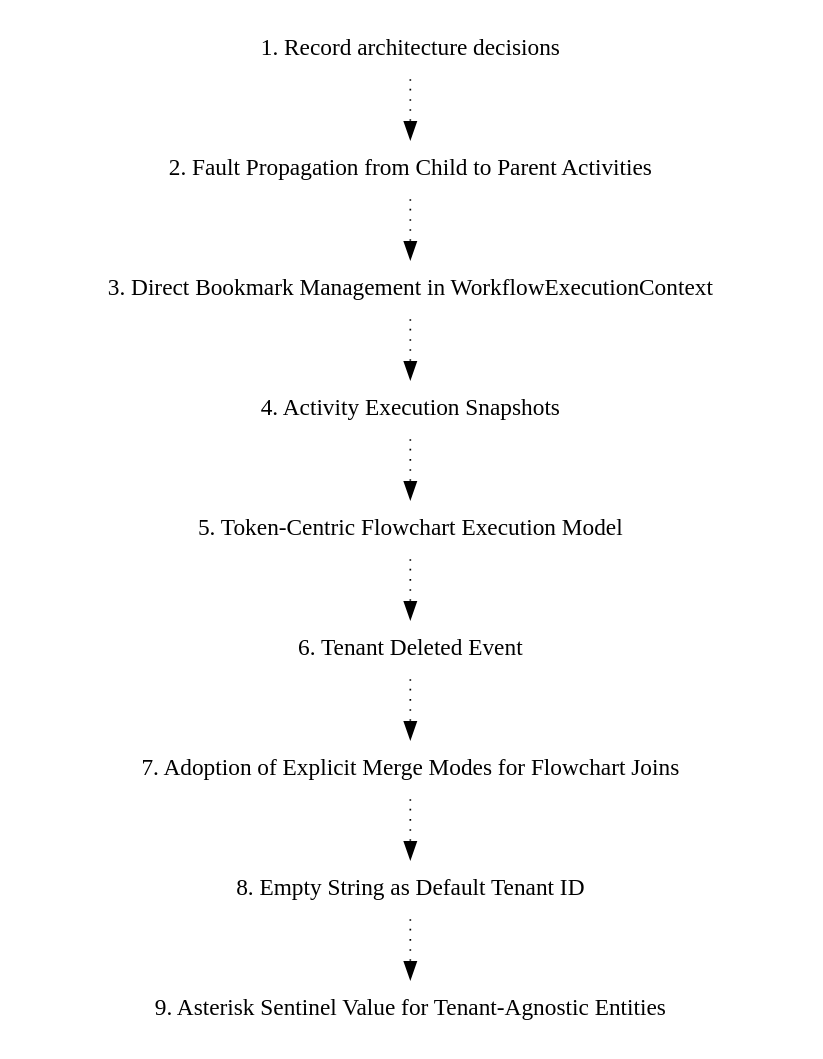
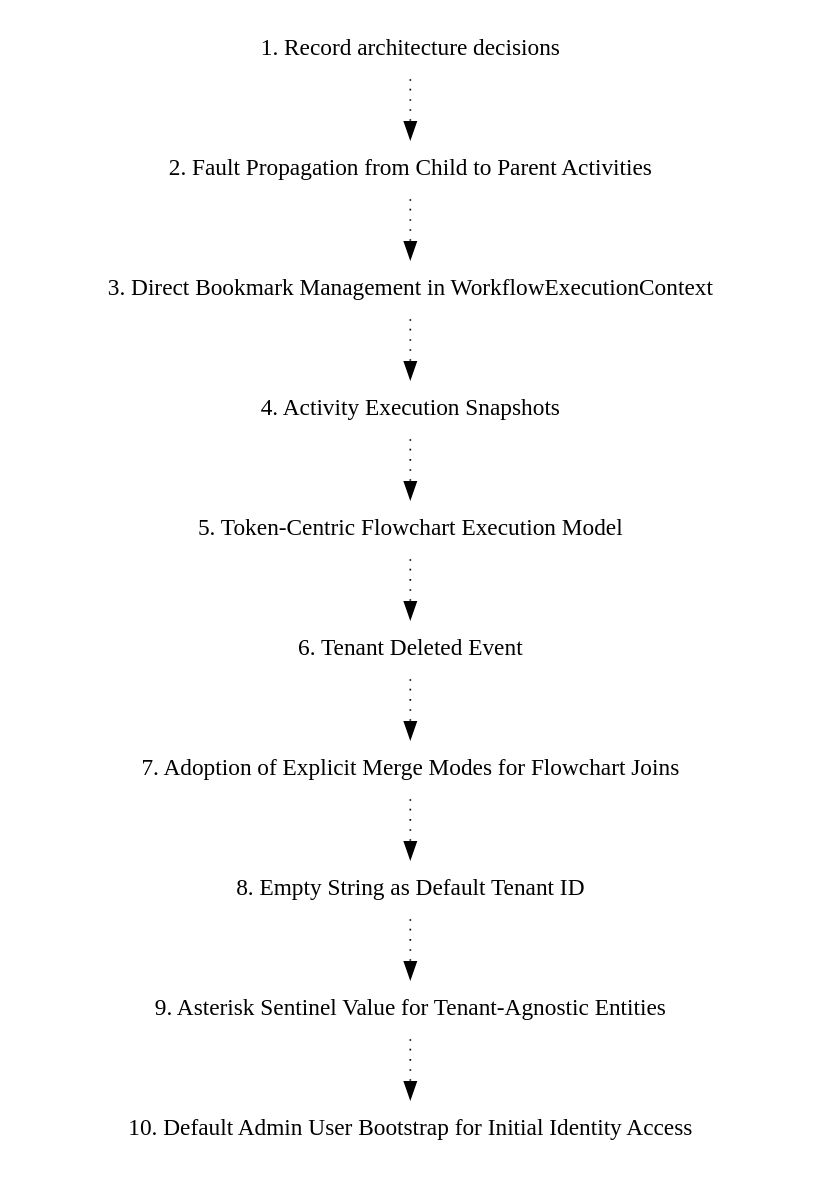
One commit to elsa-workflows/elsa-core changed the diagram in doc/adr/graph.dot. Above: the diagram before and after it, drawn with Graphviz. The commit also changed 10 other files, not shown here.

Commit message:
Implement `DefaultAdminUser` feature for initial admin bootstrap, decouple `SecurityRoot` from user management endpoints, update related documentation and permissions.

```diff
--- a/doc/adr/graph.dot
+++ b/doc/adr/graph.dot
@@ -1,22 +1,24 @@
 digraph {
   node [shape=plaintext];
   subgraph {
     _1 [label="1. Record architecture decisions"; URL="0001-record-architecture-decisions.html"];
     _2 [label="2. Fault Propagation from Child to Parent Activities"; URL="0002-fault-propagation-from-child-to-parent-activities.html"];
     _1 -> _2 [style="dotted", weight=1];
     _3 [label="3. Direct Bookmark Management in WorkflowExecutionContext"; URL="0003-direct-bookmark-management-in-workflowexecutioncontext.html"];
     _2 -> _3 [style="dotted", weight=1];
     _4 [label="4. Activity Execution Snapshots"; URL="0004-activity-execution-snapshots.html"];
     _3 -> _4 [style="dotted", weight=1];
     _5 [label="5. Token-Centric Flowchart Execution Model"; URL="0005-token-centric-flowchart-execution-model.html"];
     _4 -> _5 [style="dotted", weight=1];
     _6 [label="6. Tenant Deleted Event"; URL="0006-tenant-deleted-event.html"];
     _5 -> _6 [style="dotted", weight=1];
     _7 [label="7. Adoption of Explicit Merge Modes for Flowchart Joins"; URL="0007-adoption-of-explicit-merge-modes-for-flowchart-joins.html"];
     _6 -> _7 [style="dotted", weight=1];
     _8 [label="8. Empty String as Default Tenant ID"; URL="0008-empty-string-as-default-tenant-id.html"];
     _7 -> _8 [style="dotted", weight=1];
     _9 [label="9. Asterisk Sentinel Value for Tenant-Agnostic Entities"; URL="0009-asterisk-sentinel-value-for-tenant-agnostic-entities.html"];
     _8 -> _9 [style="dotted", weight=1];
+    _10 [label="10. Default Admin User Bootstrap for Initial Identity Access"; URL="0010-default-admin-user-bootstrap-for-initial-identity-access.html"];
+    _9 -> _10 [style="dotted", weight=1];
   }
 }
```
